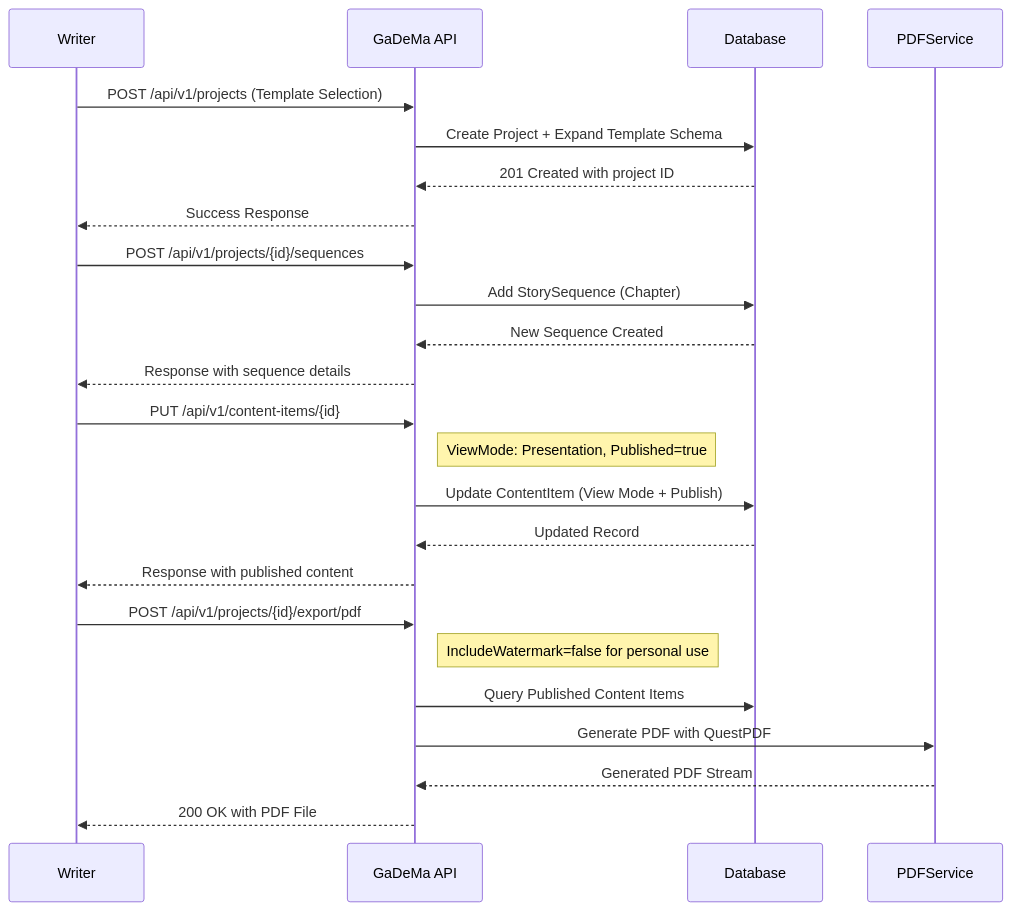
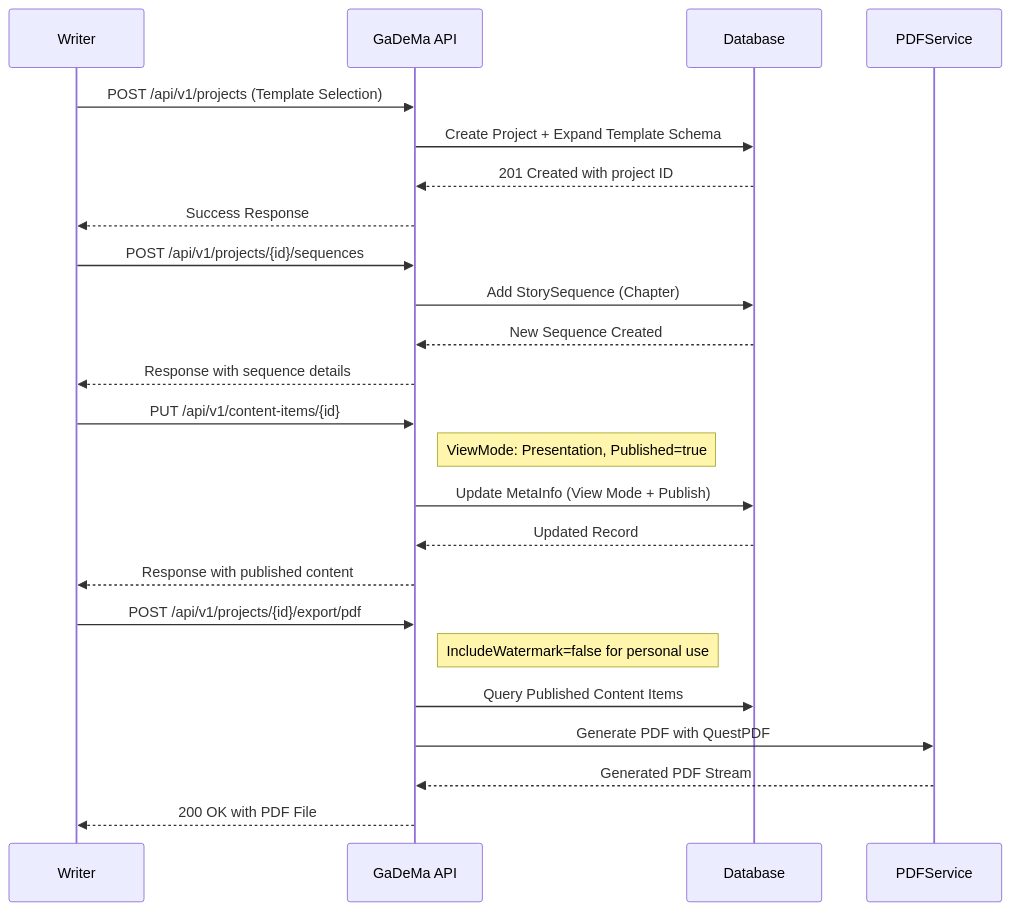
The first of 6 diagrams in docs/deprecated/WORKFLOWS.md (phinoox/Gadema), drawn with Mermaid before and after one commit. The commit also changed other lines of this file and 62 other files, not shown here.

Commit message:
renamed ContentItem to MetaInfo to better reflect its purpose(and confuse the llm a little less)

````diff
--- a/docs/deprecated/WORKFLOWS.md
+++ b/docs/deprecated/WORKFLOWS.md
@@ -40,29 +40,29 @@
 ```mermaid
 sequenceDiagram
     participant W as Writer
     participant API as GaDeMa API
     participant DB as Database
     
     W->>API: POST /api/v1/projects (Template Selection)
     API->>DB: Create Project + Expand Template Schema
     DB-->>API: 201 Created with project ID
     API-->>W: Success Response
     
     W->>API: POST /api/v1/projects/{id}/sequences
     API->>DB: Add StorySequence (Chapter)
     DB-->>API: New Sequence Created
     API-->>W: Response with sequence details
     
     W->>API: PUT /api/v1/content-items/{id}
     Note right of API: ViewMode: Presentation, Published=true
-    API->>DB: Update ContentItem (View Mode + Publish)
+    API->>DB: Update MetaInfo (View Mode + Publish)
     DB-->>API: Updated Record
     API-->>W: Response with published content
     
     W->>API: POST /api/v1/projects/{id}/export/pdf
     Note right of API: IncludeWatermark=false for personal use
     API->>DB: Query Published Content Items
     API->>PDFService: Generate PDF with QuestPDF
     PDFService-->>API: Generated PDF Stream
     API-->>W: 200 OK with PDF File
 ```
````
